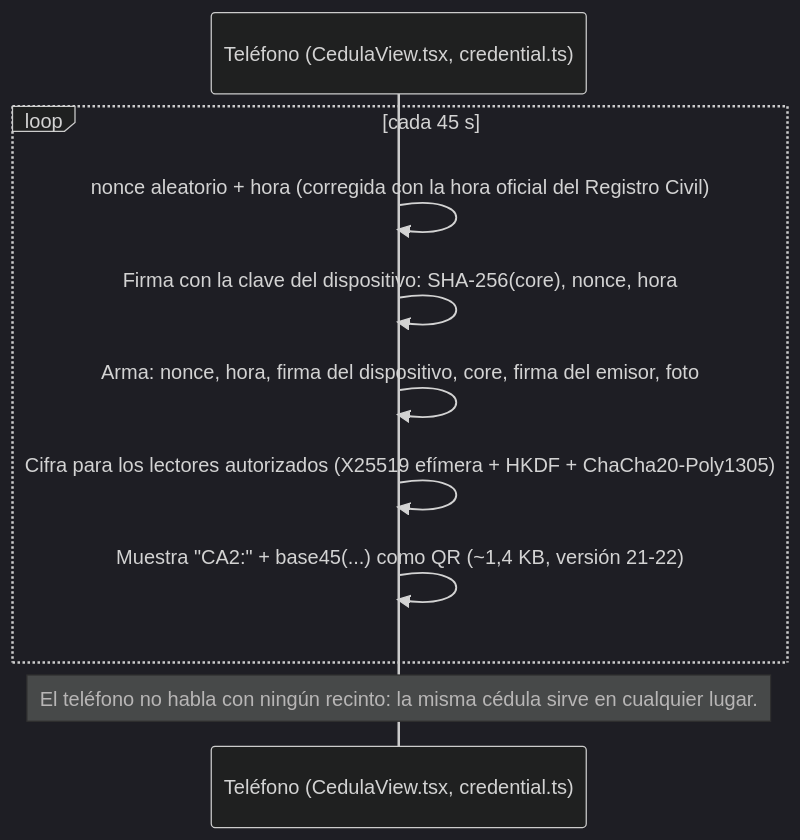
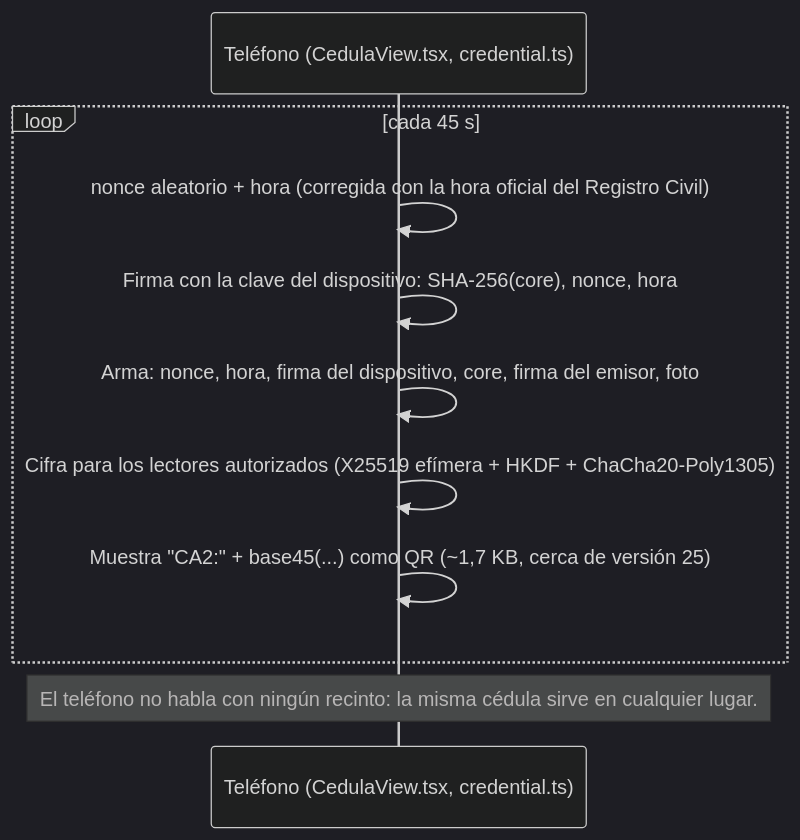
One commit to mmonzodiaz/TESIS---Control-QR-Dinamico changed the second of 4 diagrams in docs/architecture.md. Above: the diagram before and after it, drawn with Mermaid (dark theme). The commit also changed other lines of this file and 6 other files, not shown here.

````diff
--- a/docs/architecture.md
+++ b/docs/architecture.md
@@ -35,13 +35,13 @@
 ```mermaid
 sequenceDiagram
     participant T as Teléfono (CedulaView.tsx, credential.ts)
 
     loop cada 45 s
         T->>T: nonce aleatorio + hora (corregida con la hora oficial del Registro Civil)
         T->>T: Firma con la clave del dispositivo: SHA-256(core), nonce, hora
         T->>T: Arma: nonce, hora, firma del dispositivo, core, firma del emisor, foto
         T->>T: Cifra para los lectores autorizados (X25519 efímera + HKDF + ChaCha20-Poly1305)
-        T->>T: Muestra "CA2:" + base45(...) como QR (~1,4 KB, versión 21-22)
+        T->>T: Muestra "CA2:" + base45(...) como QR (~1,7 KB, cerca de versión 25)
     end
     Note over T: El teléfono no habla con ningún recinto: la misma cédula sirve en cualquier lugar.
 ```
````
